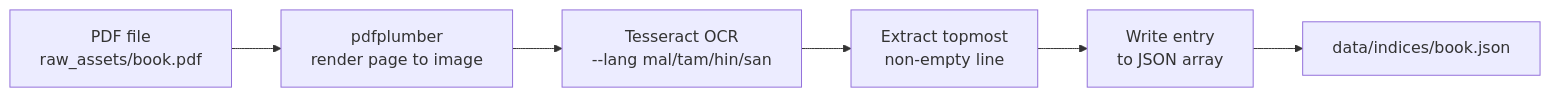
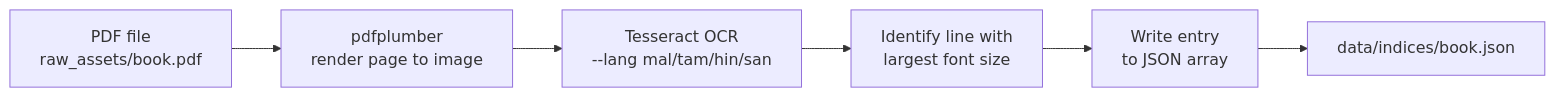
Before and after one commit to ghiridhars/intelligent-pwa-library: the diagram in docs/ocr-pipeline.md, drawn with Mermaid. The commit also changed other lines of this file and 3 other files, not shown here.

````diff
--- a/docs/ocr-pipeline.md
+++ b/docs/ocr-pipeline.md
@@ -9,8 +9,8 @@
 ```mermaid
 graph LR
     A[PDF file\nraw_assets/book.pdf] --> B[pdfplumber\nrender page to image]
     B --> C[Tesseract OCR\n--lang mal/tam/hin/san]
-    C --> D[Extract topmost\nnon-empty line]
+    C --> D[Identify line with\nlargest font size]
     D --> E[Write entry\nto JSON array]
     E --> F[data/indices/book.json]
 ```
````
